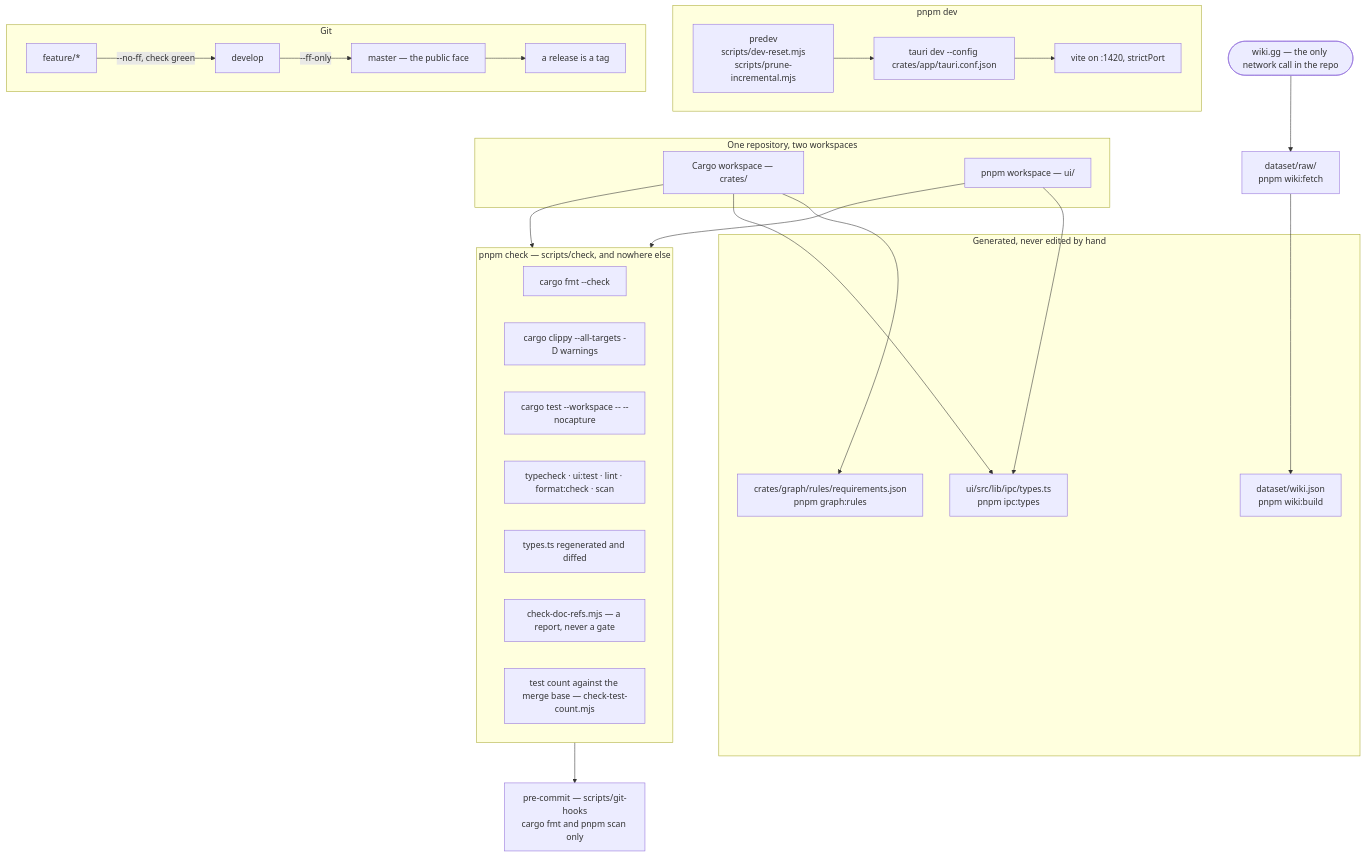
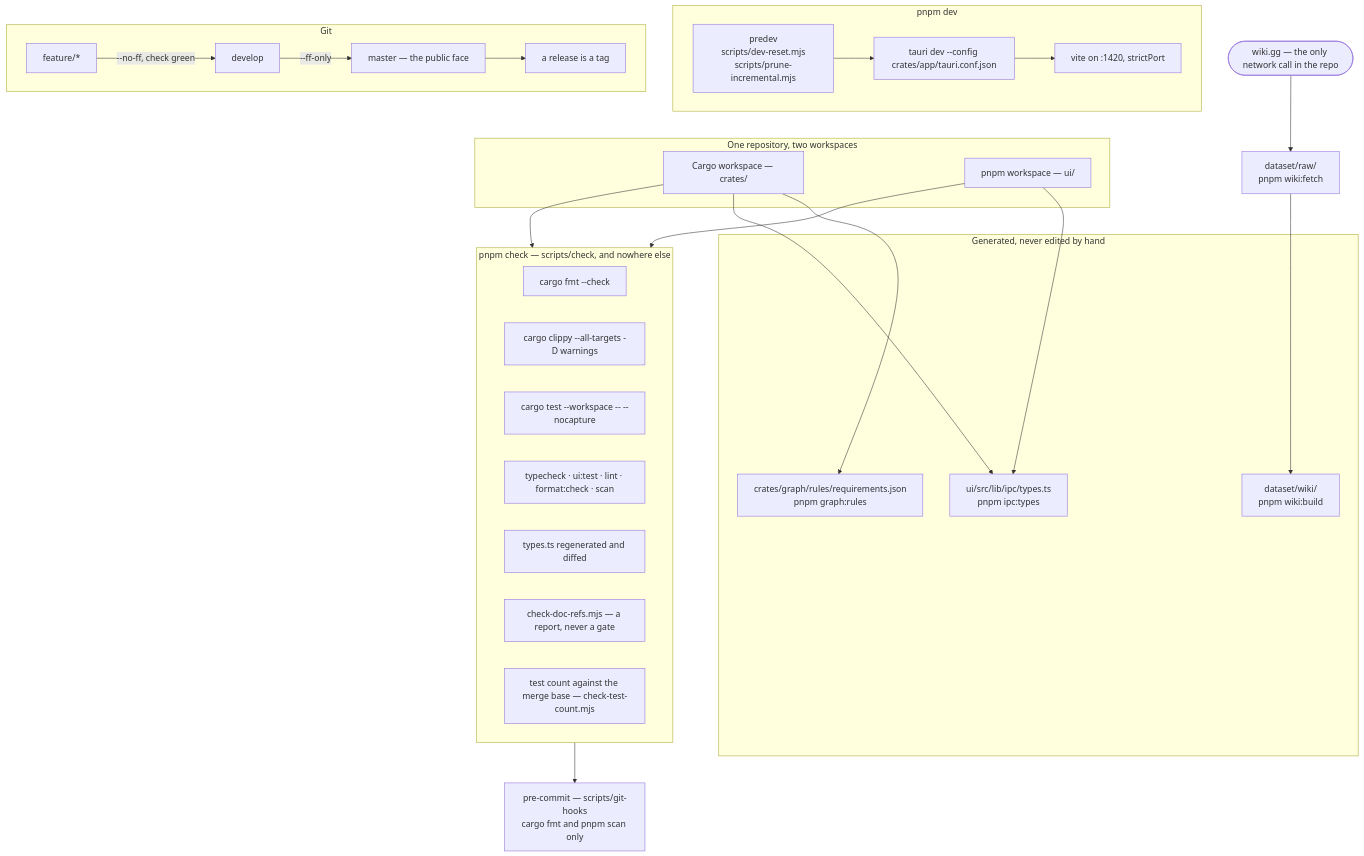
Before and after one commit to DomenghiniStefano/isaac-dome: the fourth of 4 diagrams in docs/architecture.md, drawn with Mermaid. The commit also changed other lines of this file and 29 other files, not shown here.

First line of the commit message:
build(wiki): one dataset file per collection, embedded compact

````diff
--- a/docs/architecture.md
+++ b/docs/architecture.md
@@ -325,58 +325,58 @@
 ```mermaid
 flowchart TD
   subgraph repo["One repository, two workspaces"]
     cargo["Cargo workspace — crates/"]
     pnpmws["pnpm workspace — ui/"]
   end
 
   subgraph generated["Generated, never edited by hand"]
     types["ui/src/lib/ipc/types.ts<br/>pnpm ipc:types"]
     reqs["crates/graph/rules/requirements.json<br/>pnpm graph:rules"]
-    ds["dataset/wiki.json<br/>pnpm wiki:build"]
+    ds["dataset/wiki/<br/>pnpm wiki:build"]
   end
 
   net(["wiki.gg — the only network call in the repo"])
   raw["dataset/raw/<br/>pnpm wiki:fetch"]
 
   subgraph dev["pnpm dev"]
     predev["predev<br/>scripts/dev-reset.mjs<br/>scripts/prune-incremental.mjs"]
     tauri["tauri dev --config crates/app/tauri.conf.json"]
     vite["vite on :1420, strictPort"]
   end
 
   subgraph gate["pnpm check — scripts/check, and nowhere else"]
     fmt["cargo fmt --check"]
     clippy["cargo clippy --all-targets -D warnings"]
     ctest["cargo test --workspace -- --nocapture"]
     fe["typecheck · ui:test · lint · format:check · scan"]
     contract["types.ts regenerated and diffed"]
     refs["check-doc-refs.mjs — a report, never a gate"]
     floorc["test count against the merge base — check-test-count.mjs"]
   end
 
   hook["pre-commit — scripts/git-hooks<br/>cargo fmt and pnpm scan only"]
 
   subgraph flow["Git"]
     feature["feature/*"]
     develop["develop"]
     master["master — the public face"]
     tag["a release is a tag"]
   end
 
   cargo --> reqs
   cargo --> types
   net --> raw
   raw --> ds
   pnpmws --> types
 
   predev --> tauri
   tauri --> vite
 
   cargo --> gate
   pnpmws --> gate
   gate --> hook
 
   feature -->|"--no-ff, check green"| develop
   develop -->|"--ff-only"| master
   master --> tag
 ```
````
